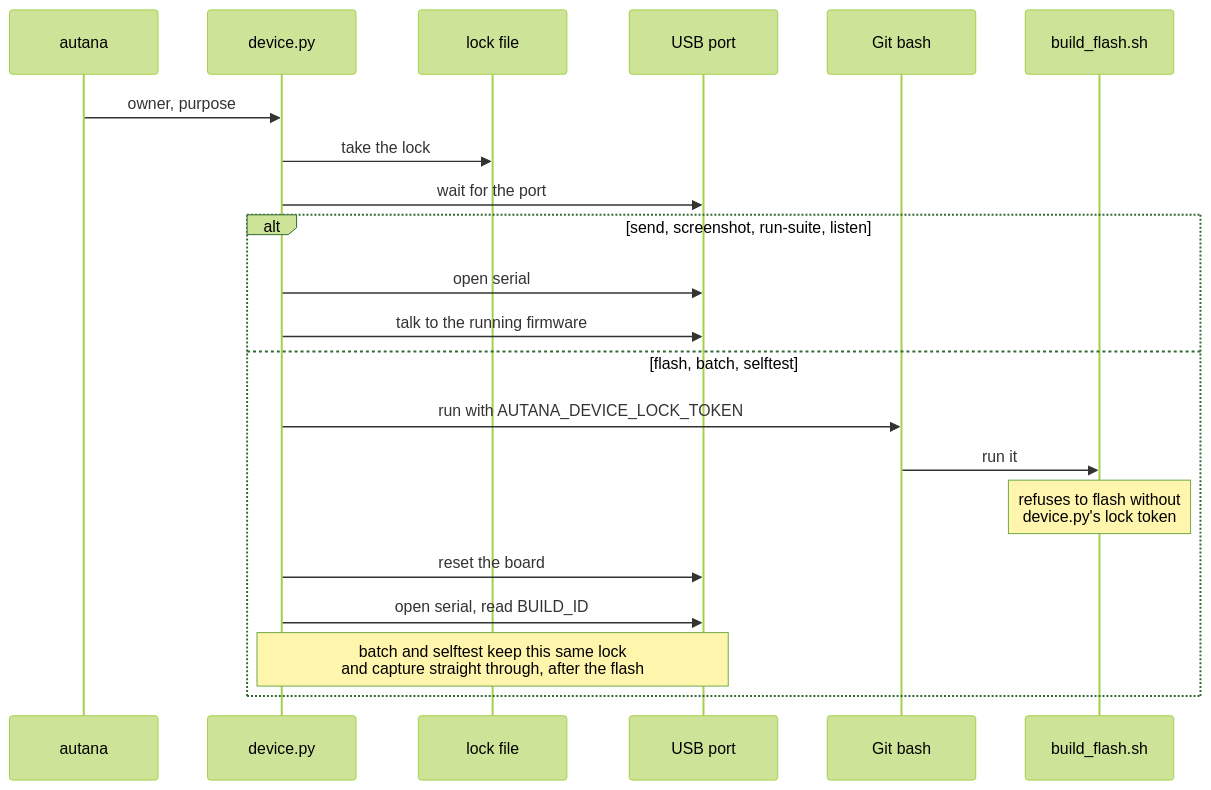
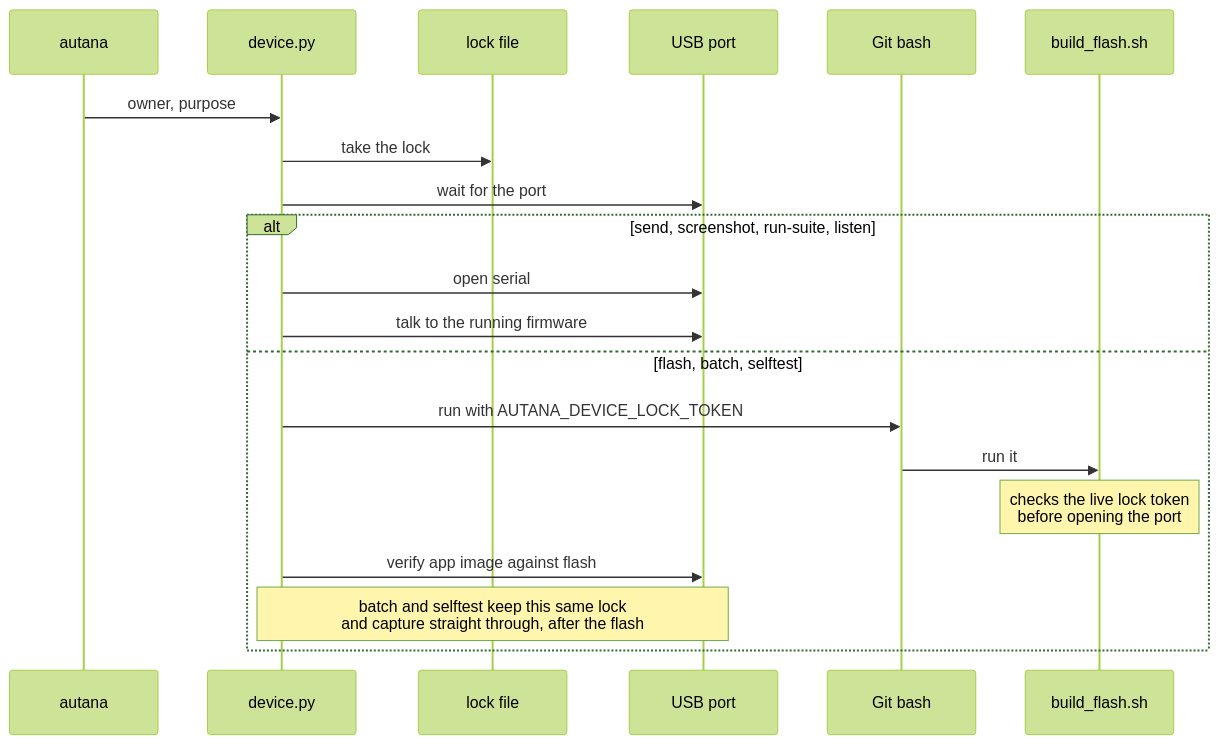
Before and after one commit to jose-villegas/autana: the diagram in docs/tools/Device-Lock.md, drawn with Mermaid (forest theme). The commit also changed other lines of this file and 9 other files, not shown here.

Commit message:
device: verify flash and guard board access

````diff
--- a/docs/tools/Device-Lock.md
+++ b/docs/tools/Device-Lock.md
@@ -8,25 +8,24 @@
 ```mermaid
 sequenceDiagram
     participant App as autana
     participant Dev as device.py
     participant Lock as lock file
     participant Port as USB port
     participant Bash as Git bash
     participant Flash as build_flash.sh
 
     App->>Dev: owner, purpose
     Dev->>Lock: take the lock
     Dev->>Port: wait for the port
 
     alt send, screenshot, run-suite, listen
         Dev->>Port: open serial
         Dev->>Port: talk to the running firmware
     else flash, batch, selftest
         Dev->>Bash: run with AUTANA_DEVICE_LOCK_TOKEN
         Bash->>Flash: run it
-        Note over Flash: refuses to flash without<br/>device.py's lock token
-        Dev->>Port: reset the board
-        Dev->>Port: open serial, read BUILD_ID
+        Note over Flash: checks the live lock token<br/>before opening the port
+        Dev->>Port: verify app image against flash
         Note over Dev,Port: batch and selftest keep this same lock<br/>and capture straight through, after the flash
     end
 ```
````
